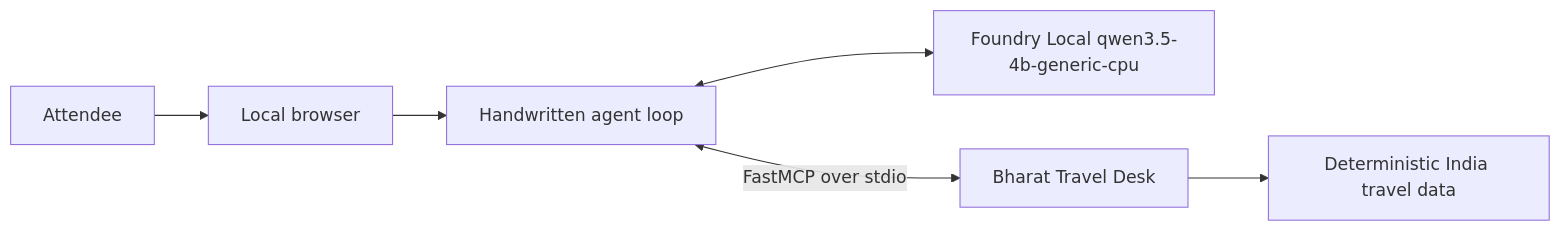
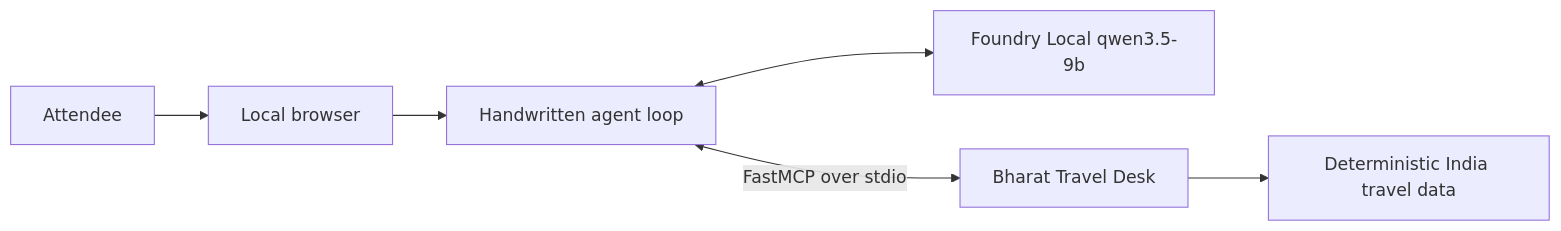
The diagram in README.md (GlobalAICommunity/mcp-fl-workshop), drawn with Mermaid before and after one commit. The commit also changed other lines of this file and 15 other files, not shown here.

Commit message:
Update model references from qwen3.5-4b-generic-cpu to qwen3.5-9b across documentation and code; ensure consistency for workshop setup and usage

````diff
--- a/README.md
+++ b/README.md
@@ -62,8 +62,8 @@
 ```mermaid
 flowchart LR
     U[Attendee] --> B[Local browser]
     B --> A[Handwritten agent loop]
-    A <--> F[Foundry Local qwen3.5-4b-generic-cpu]
+    A <--> F[Foundry Local qwen3.5-9b]
     A <-->|FastMCP over stdio| S[Bharat Travel Desk]
     S --> D[Deterministic India travel data]
 ```
````
